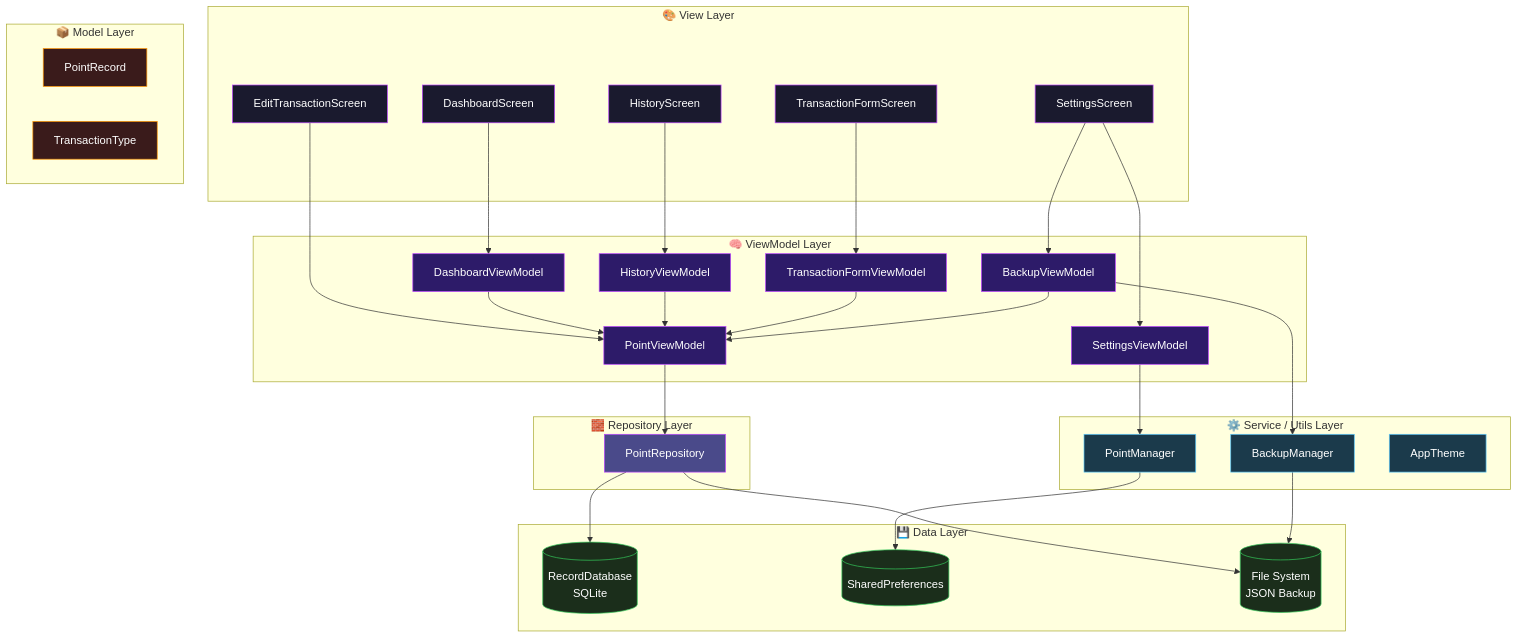
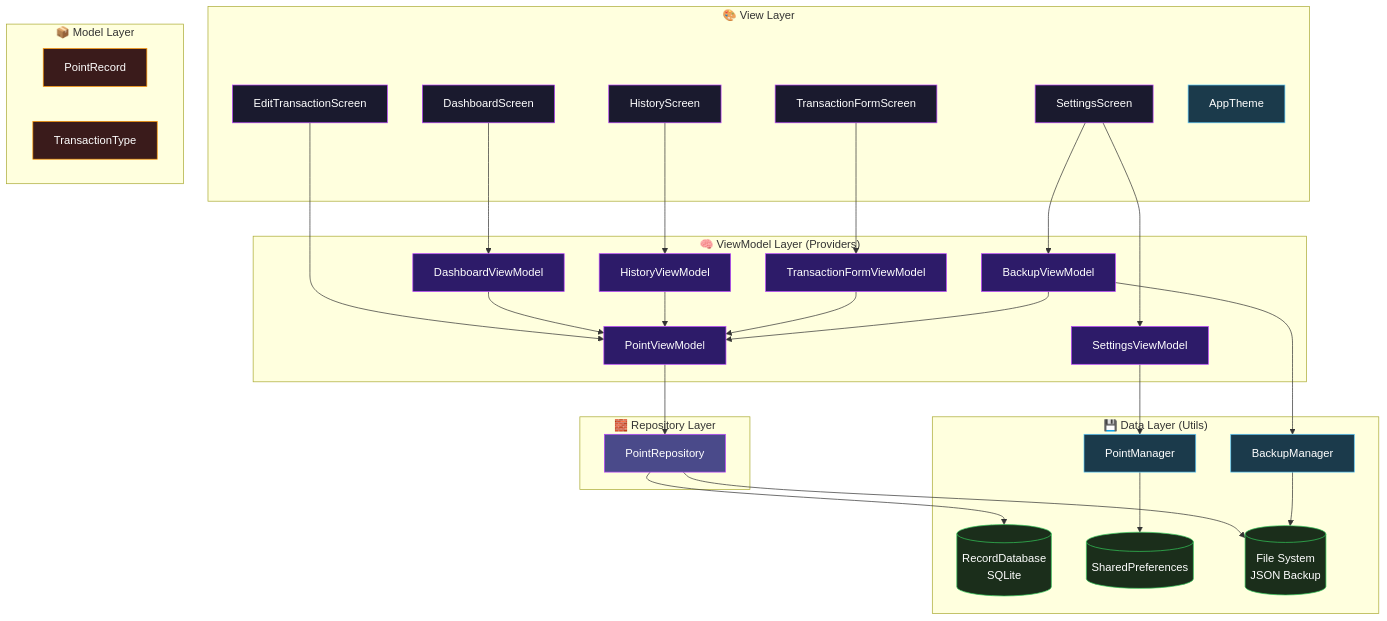
Before and after one commit to goodsw4all/wawapoint_flutter: the first of 18 diagrams in docs/ARCHITECTURE.md, drawn with Mermaid. The commit also changed other lines of this file and 2 other files, not shown here.

Commit message:
docs: Add a new learning guide document.

```diff
--- a/docs/ARCHITECTURE.md
+++ b/docs/ARCHITECTURE.md
@@ -54,9 +56,10 @@
         SS[SettingsScreen]
         TFS[TransactionFormScreen]
         ETS[EditTransactionScreen]
+        AT[AppTheme]
     end
 
-    subgraph "🧠 ViewModel Layer"
+    subgraph "🧠 ViewModel Layer (Providers)"
         PVM[PointViewModel]
         DVM[DashboardViewModel]
         HVM[HistoryViewModel]
@@ -69,13 +72,9 @@
         PRR[PointRepository]
     end
 
-    subgraph "⚙️ Service / Utils Layer"
+    subgraph "💾 Data Layer (Utils)"
         PM[PointManager]
         BM[BackupManager]
-        AT[AppTheme]
-    end
-
-    subgraph "💾 Data Layer"
         RDB[(RecordDatabase<br/>SQLite)]
         SP[(SharedPreferences)]
         FS[(File System<br/>JSON Backup)]
```
